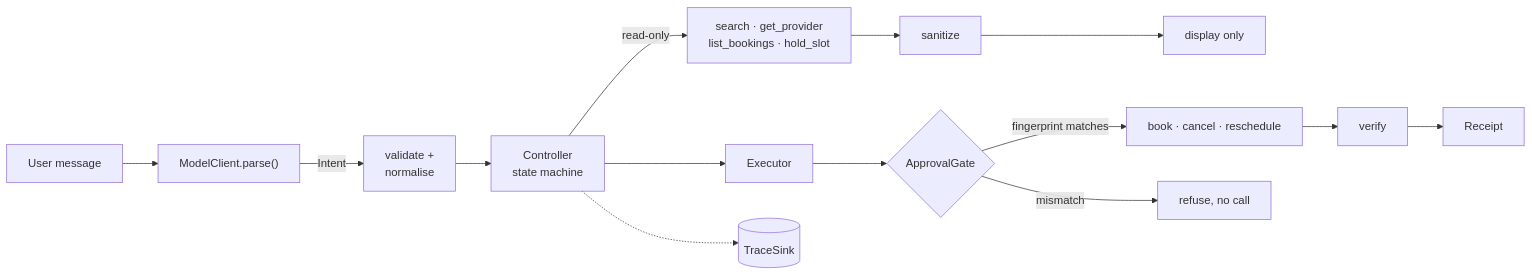
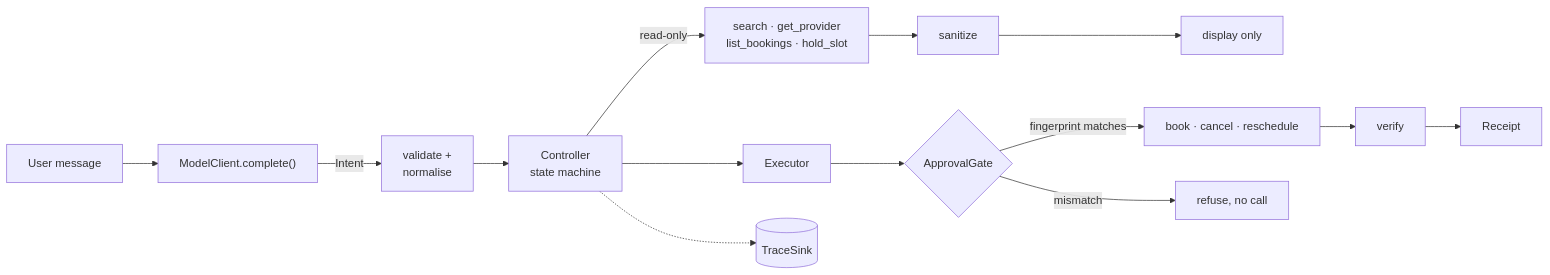
Before and after one commit to vijaypurohit/gharmitra: the first of 2 diagrams in docs/design.md, drawn with Mermaid. The commit also changed other lines of this file and 1 other file, not shown here.

````diff
--- a/docs/design.md
+++ b/docs/design.md
@@ -16,12 +16,12 @@
 ```mermaid
 flowchart LR
-    U[User message] --> P["ModelClient.parse()"]
+    U[User message] --> P["ModelClient.complete()"]
     P -->|Intent| N[validate +<br/>normalise]
     N --> C[Controller<br/>state machine]
     C -->|read-only| R["search · get_provider<br/>list_bookings · hold_slot"]
     R --> S[sanitize] --> D[display only]
     C --> E[Executor] --> G{ApprovalGate}
     G -->|fingerprint matches| W["book · cancel · reschedule"] --> V[verify] --> RC[Receipt]
     G -->|mismatch| X[refuse, no call]
     C -.-> T[(TraceSink)]
 ```
````
